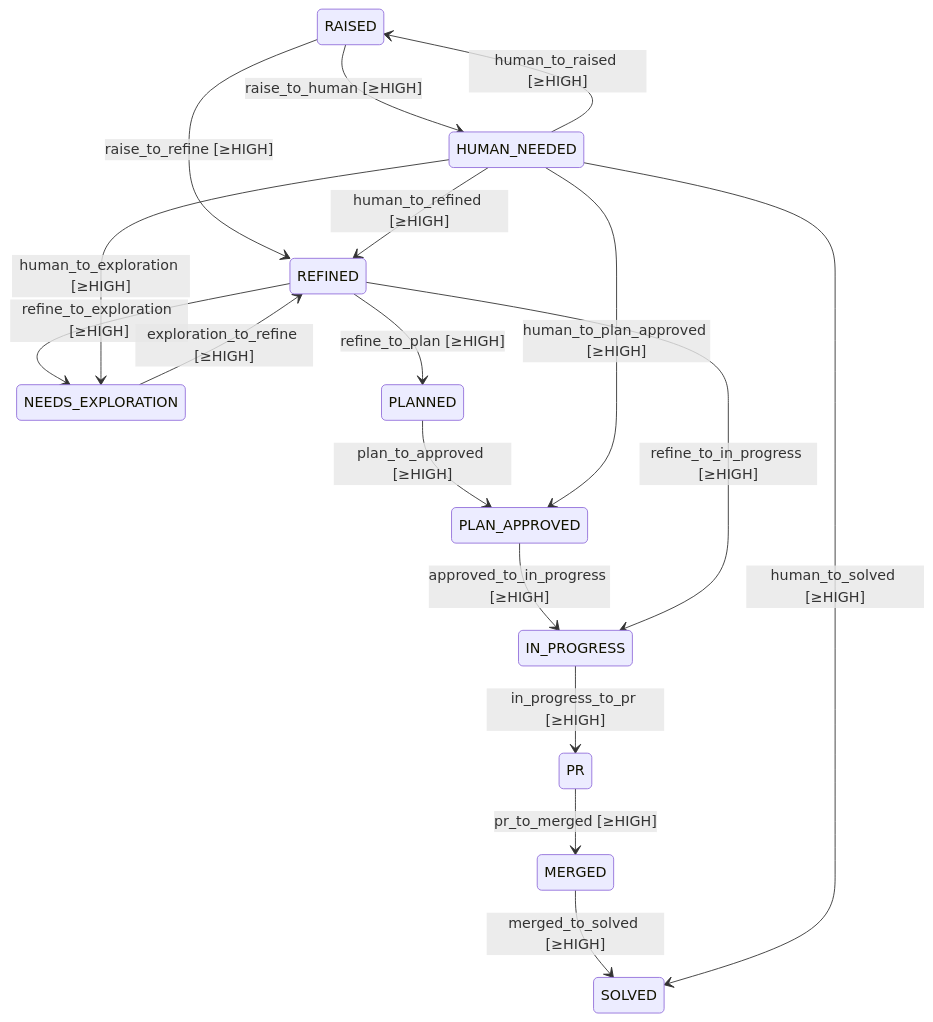
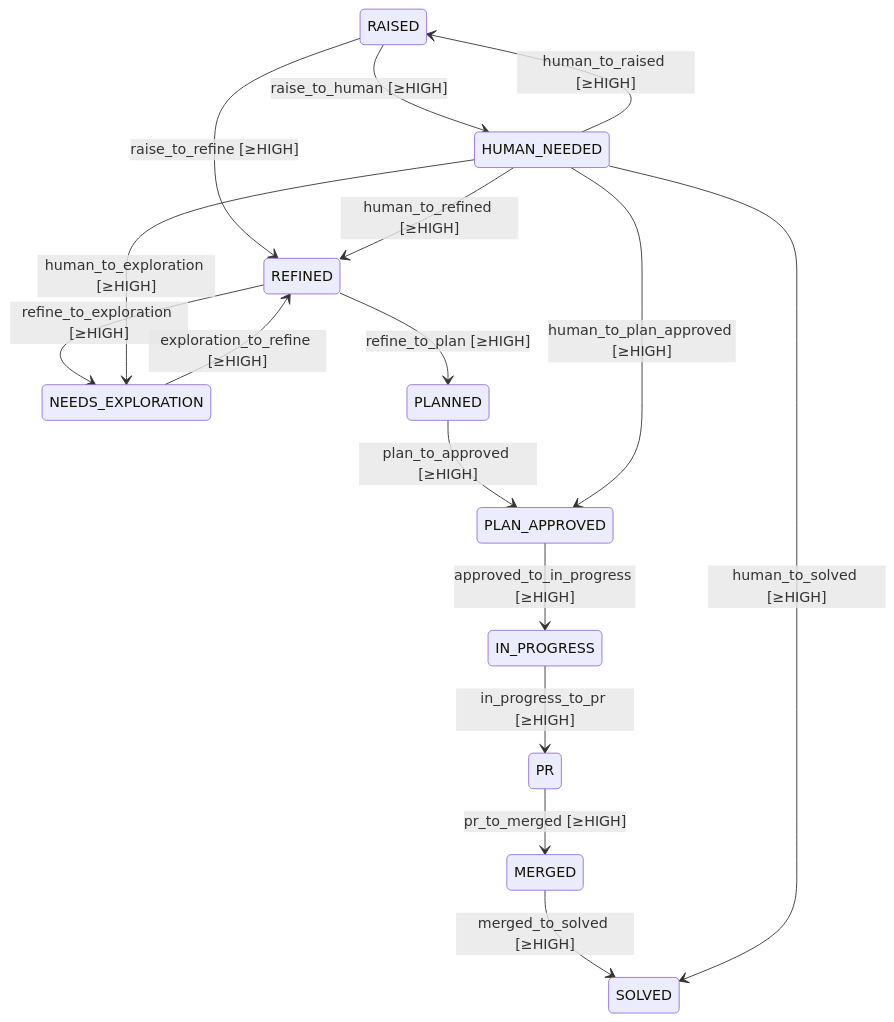
One commit to damien-robotsix/robotsix-cai changed the first of 2 diagrams in docs/fsm.md. Above: the diagram before and after it, drawn with Mermaid. The commit also changed 4 other files, not shown here.

First line of the commit message:
refactor(refine): treat every run as fresh; drop refined->in_progress shortcut

````diff
--- a/docs/fsm.md
+++ b/docs/fsm.md
@@ -14,19 +14,18 @@
 ```mermaid
 stateDiagram-v2
     RAISED --> REFINED : raise_to_refine [≥HIGH]
     RAISED --> HUMAN_NEEDED : raise_to_human [≥HIGH]
     REFINED --> NEEDS_EXPLORATION : refine_to_exploration [≥HIGH]
     REFINED --> PLANNED : refine_to_plan [≥HIGH]
     PLANNED --> PLAN_APPROVED : plan_to_approved [≥HIGH]
     PLAN_APPROVED --> IN_PROGRESS : approved_to_in_progress [≥HIGH]
-    REFINED --> IN_PROGRESS : refine_to_in_progress [≥HIGH]
     IN_PROGRESS --> PR : in_progress_to_pr [≥HIGH]
     PR --> MERGED : pr_to_merged [≥HIGH]
     MERGED --> SOLVED : merged_to_solved [≥HIGH]
     NEEDS_EXPLORATION --> REFINED : exploration_to_refine [≥HIGH]
     HUMAN_NEEDED --> RAISED : human_to_raised [≥HIGH]
     HUMAN_NEEDED --> REFINED : human_to_refined [≥HIGH]
     HUMAN_NEEDED --> PLAN_APPROVED : human_to_plan_approved [≥HIGH]
     HUMAN_NEEDED --> NEEDS_EXPLORATION : human_to_exploration [≥HIGH]
     HUMAN_NEEDED --> SOLVED : human_to_solved [≥HIGH]
 ```
````
